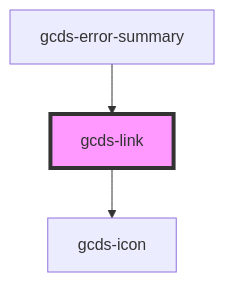
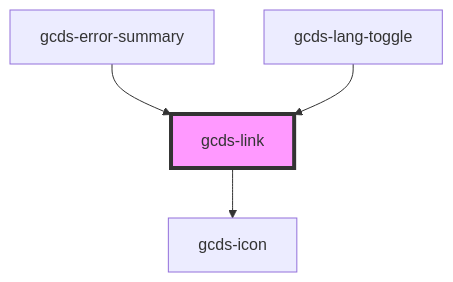
Before and after one commit to cds-snc/gcds-components: the diagram in packages/web/src/components/gcds-link/readme.md, drawn with Mermaid. The commit also changed other lines of this file and 5 other files, not shown here.

Commit message:
refactor: integrate gcds-link into gcds-lang-toggle

````diff
--- a/packages/web/src/components/gcds-link/readme.md
+++ b/packages/web/src/components/gcds-link/readme.md
@@ -43,6 +44,7 @@
 ```mermaid
 graph TD;
   gcds-link --> gcds-icon
   gcds-error-summary --> gcds-link
+  gcds-lang-toggle --> gcds-link
   style gcds-link fill:#f9f,stroke:#333,stroke-width:4px
 ```
````
